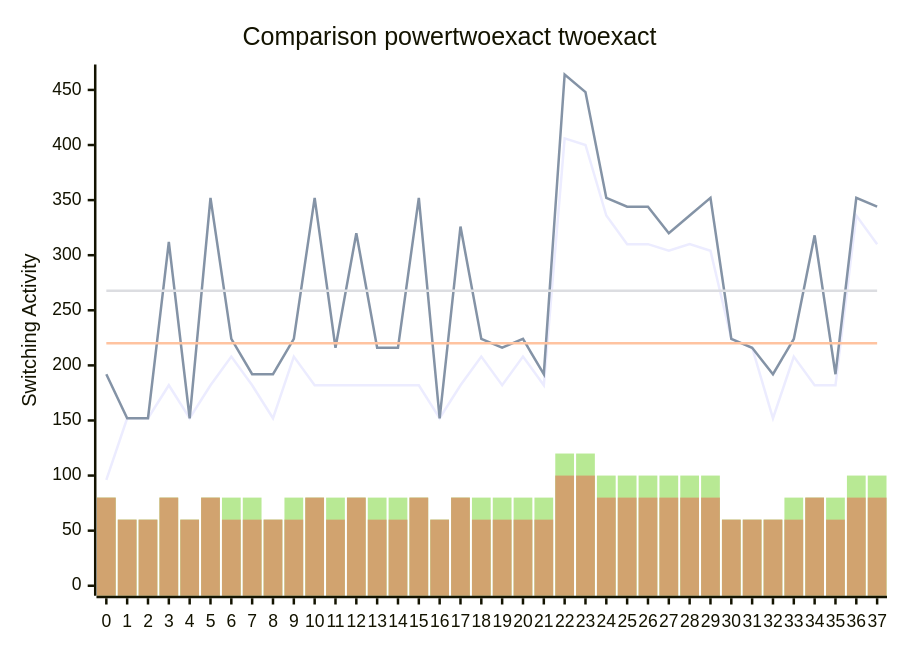
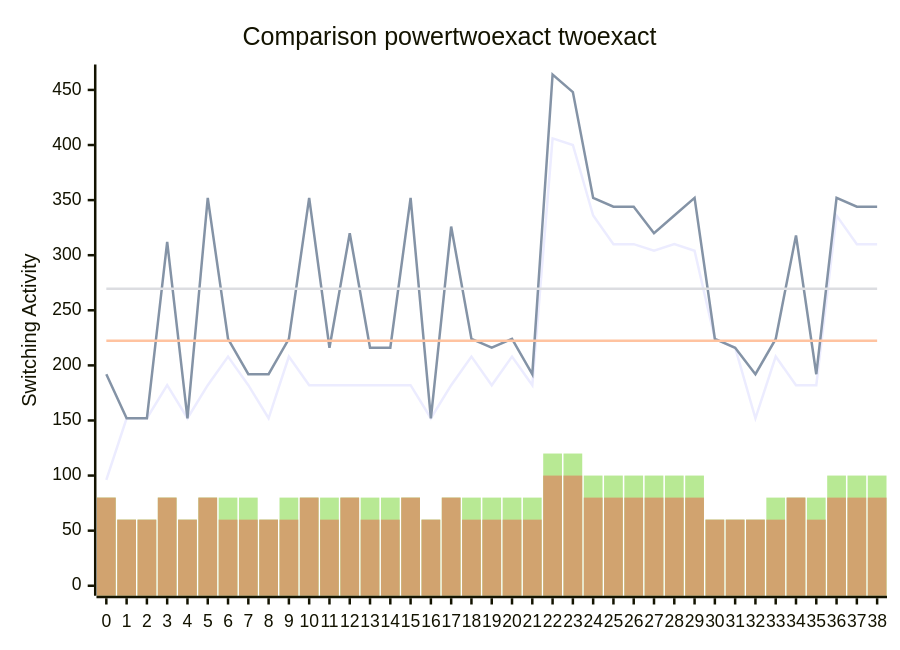
One commit to FeldmeierMichael/Exact-Power-Synthesis changed the diagram in benchmark.md. Above: the diagram before and after it, drawn with Mermaid. The commit also changed other lines of this file and 2 other files, not shown here.

````diff
--- a/benchmark.md
+++ b/benchmark.md
@@ -77,12 +79,12 @@
 ```mermaid
 xychart-beta
     title "Comparison powertwoexact twoexact"
-    x-axis [0, 1, 2, 3, 4, 5, 6, 7, 8, 9, 10, 11, 12, 13, 14, 15, 16, 17, 18, 19, 20, 21, 22, 23, 24, 25, 26, 27, 28, 29, 30, 31, 32, 33, 34, 35, 36, 37]
+    x-axis [0, 1, 2, 3, 4, 5, 6, 7, 8, 9, 10, 11, 12, 13, 14, 15, 16, 17, 18, 19, 20, 21, 22, 23, 24, 25, 26, 27, 28, 29, 30, 31, 32, 33, 34, 35, 36, 37, 38]
     y-axis "Switching Activity" 0-->464
-    line [96, 152, 152, 182, 152, 182, 208, 182, 152, 208, 182, 182, 182, 182, 182, 182, 152, 182, 208, 182, 208, 182, 406, 400, 336, 310, 310, 304, 310, 304, 224, 216, 152, 208, 182, 182, 336, 310]
-    line [192, 152, 152, 312, 152, 352, 224, 192, 192, 224, 352, 216, 320, 216, 216, 352, 152, 326, 224, 216, 224, 192, 464, 448, 352, 344, 344, 320, 336, 352, 224, 216, 192, 224, 318, 192, 352, 344]
-    line [220.05263157894737, 220.05263157894737, 220.05263157894737, 220.05263157894737, 220.05263157894737, 220.05263157894737, 220.05263157894737, 220.05263157894737, 220.05263157894737, 220.05263157894737, 220.05263157894737, 220.05263157894737, 220.05263157894737, 220.05263157894737, 220.05263157894737, 220.05263157894737, 220.05263157894737, 220.05263157894737, 220.05263157894737, 220.05263157894737, 220.05263157894737, 220.05263157894737, 220.05263157894737, 220.05263157894737, 220.05263157894737, 220.05263157894737, 220.05263157894737, 220.05263157894737, 220.05263157894737, 220.05263157894737, 220.05263157894737, 220.05263157894737, 220.05263157894737, 220.05263157894737, 220.05263157894737, 220.05263157894737, 220.05263157894737, 220.05263157894737]
-    line [267.6842105263158, 267.6842105263158, 267.6842105263158, 267.6842105263158, 267.6842105263158, 267.6842105263158, 267.6842105263158, 267.6842105263158, 267.6842105263158, 267.6842105263158, 267.6842105263158, 267.6842105263158, 267.6842105263158, 267.6842105263158, 267.6842105263158, 267.6842105263158, 267.6842105263158, 267.6842105263158, 267.6842105263158, 267.6842105263158, 267.6842105263158, 267.6842105263158, 267.6842105263158, 267.6842105263158, 267.6842105263158, 267.6842105263158, 267.6842105263158, 267.6842105263158, 267.6842105263158, 267.6842105263158, 267.6842105263158, 267.6842105263158, 267.6842105263158, 267.6842105263158, 267.6842105263158, 267.6842105263158, 267.6842105263158, 267.6842105263158]
-    bar [80, 60, 60, 80, 60, 80, 80, 80, 60, 80, 80, 80, 80, 80, 80, 80, 60, 80, 80, 80, 80, 80, 120, 120, 100, 100, 100, 100, 100, 100, 60, 60, 60, 80, 80, 80, 100, 100]
-    bar [80, 60, 60, 80, 60, 80, 60, 60, 60, 60, 80, 60, 80, 60, 60, 80, 60, 80, 60, 60, 60, 60, 100, 100, 80, 80, 80, 80, 80, 80, 60, 60, 60, 60, 80, 60, 80, 80]
+    line [96, 152, 152, 182, 152, 182, 208, 182, 152, 208, 182, 182, 182, 182, 182, 182, 152, 182, 208, 182, 208, 182, 406, 400, 336, 310, 310, 304, 310, 304, 224, 216, 152, 208, 182, 182, 336, 310, 310]
+    line [192, 152, 152, 312, 152, 352, 224, 192, 192, 224, 352, 216, 320, 216, 216, 352, 152, 326, 224, 216, 224, 192, 464, 448, 352, 344, 344, 320, 336, 352, 224, 216, 192, 224, 318, 192, 352, 344, 344]
+    line [222.35897435897436, 222.35897435897436, 222.35897435897436, 222.35897435897436, 222.35897435897436, 222.35897435897436, 222.35897435897436, 222.35897435897436, 222.35897435897436, 222.35897435897436, 222.35897435897436, 222.35897435897436, 222.35897435897436, 222.35897435897436, 222.35897435897436, 222.35897435897436, 222.35897435897436, 222.35897435897436, 222.35897435897436, 222.35897435897436, 222.35897435897436, 222.35897435897436, 222.35897435897436, 222.35897435897436, 222.35897435897436, 222.35897435897436, 222.35897435897436, 222.35897435897436, 222.35897435897436, 222.35897435897436, 222.35897435897436, 222.35897435897436, 222.35897435897436, 222.35897435897436, 222.35897435897436, 222.35897435897436, 222.35897435897436, 222.35897435897436, 222.35897435897436]
+    line [269.64102564102564, 269.64102564102564, 269.64102564102564, 269.64102564102564, 269.64102564102564, 269.64102564102564, 269.64102564102564, 269.64102564102564, 269.64102564102564, 269.64102564102564, 269.64102564102564, 269.64102564102564, 269.64102564102564, 269.64102564102564, 269.64102564102564, 269.64102564102564, 269.64102564102564, 269.64102564102564, 269.64102564102564, 269.64102564102564, 269.64102564102564, 269.64102564102564, 269.64102564102564, 269.64102564102564, 269.64102564102564, 269.64102564102564, 269.64102564102564, 269.64102564102564, 269.64102564102564, 269.64102564102564, 269.64102564102564, 269.64102564102564, 269.64102564102564, 269.64102564102564, 269.64102564102564, 269.64102564102564, 269.64102564102564, 269.64102564102564, 269.64102564102564]
+    bar [80, 60, 60, 80, 60, 80, 80, 80, 60, 80, 80, 80, 80, 80, 80, 80, 60, 80, 80, 80, 80, 80, 120, 120, 100, 100, 100, 100, 100, 100, 60, 60, 60, 80, 80, 80, 100, 100, 100]
+    bar [80, 60, 60, 80, 60, 80, 60, 60, 60, 60, 80, 60, 80, 60, 60, 80, 60, 80, 60, 60, 60, 60, 100, 100, 80, 80, 80, 80, 80, 80, 60, 60, 60, 60, 80, 60, 80, 80, 80]
 ```
````
